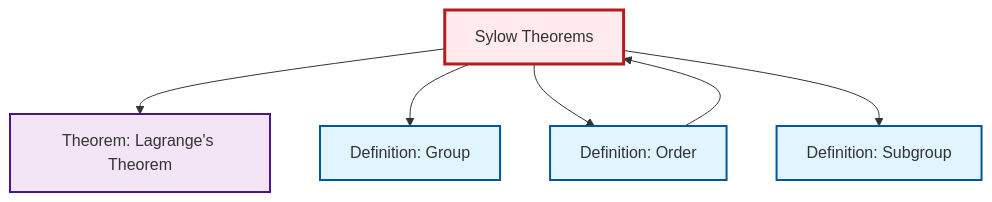
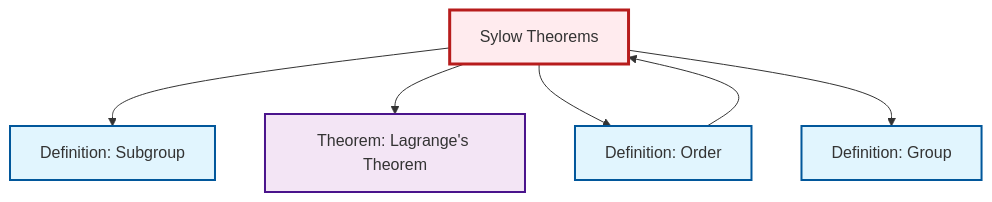
One commit to RK0429/ModernMath changed the diagram in content/en/algebra/thm-sylow.qmd. Above: the diagram before and after it, drawn with Mermaid. The commit also changed other lines of this file and 1069 other files, not shown here.

````diff
--- a/content/en/algebra/thm-sylow.qmd
+++ b/content/en/algebra/thm-sylow.qmd
@@ -85,24 +85,24 @@
 ```{mermaid}
 %%| fig-cap: "Local dependency graph"
 graph TD
     classDef definition fill:#e1f5fe,stroke:#01579b,stroke-width:2px
     classDef theorem fill:#f3e5f5,stroke:#4a148c,stroke-width:2px
     classDef axiom fill:#fff3e0,stroke:#e65100,stroke-width:2px
     classDef example fill:#e8f5e9,stroke:#1b5e20,stroke-width:2px
     classDef current fill:#ffebee,stroke:#b71c1c,stroke-width:3px
-    def-group["Definition: Group"]:::definition
+    thm-lagrange["Theorem: Lagrange's Theorem"]:::theorem
     thm-sylow["Sylow Theorems"]:::theorem
     def-order["Definition: Order"]:::definition
-    thm-lagrange["Theorem: Lagrange's Theorem"]:::theorem
     def-subgroup["Definition: Subgroup"]:::definition
+    def-group["Definition: Group"]:::definition
+    thm-sylow --> def-subgroup
+    def-order --> thm-sylow
     thm-sylow --> thm-lagrange
-    def-order --> thm-sylow
+    thm-sylow --> def-order
     thm-sylow --> def-group
-    thm-sylow --> def-order
-    thm-sylow --> def-subgroup
     class thm-sylow current
+    click thm-lagrange "thm-lagrange.html" "Go to Lagrange's Theorem theorem"
+    click def-order "def-order.html" "Go to Order definition"
+    click def-subgroup "def-subgroup.html" "Go to Subgroup definition"
     click def-group "def-group.html" "Go to Group definition"
-    click def-order "def-order.html" "Go to Order definition"
-    click thm-lagrange "thm-lagrange.html" "Go to Lagrange's Theorem theorem"
-    click def-subgroup "def-subgroup.html" "Go to Subgroup definition"
 ```
````
